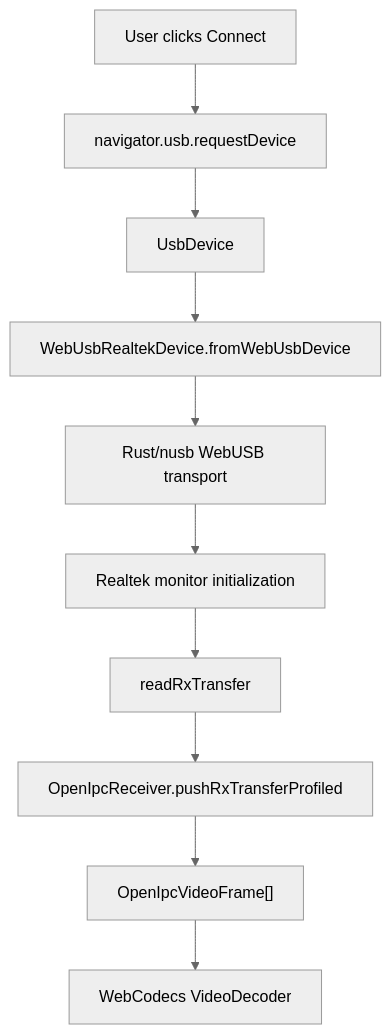
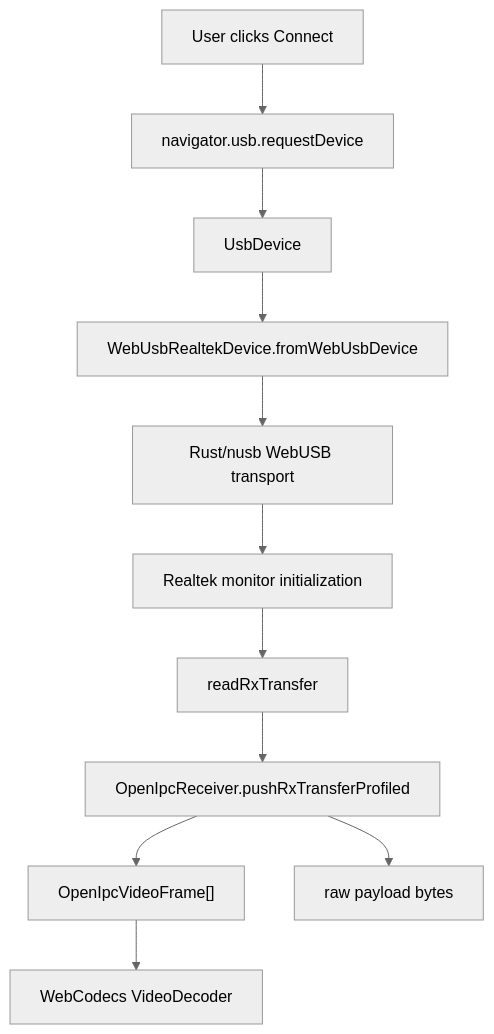
The diagram in docs/docs/web-wasm.md (neelsani/openipc-rs), drawn with Mermaid (neutral theme) before and after one commit. The commit also changed other lines of this file and 74 other files, not shown here.

````diff
--- a/docs/docs/web-wasm.md
+++ b/docs/docs/web-wasm.md
@@ -32,12 +32,13 @@
 ```mermaid
 flowchart TD
     A["User clicks Connect"] --> B["navigator.usb.requestDevice"]
     B --> C["UsbDevice"]
     C --> D["WebUsbRealtekDevice.fromWebUsbDevice"]
     D --> E["Rust/nusb WebUSB transport"]
     E --> F["Realtek monitor initialization"]
     F --> G["readRxTransfer"]
     G --> H["OpenIpcReceiver.pushRxTransferProfiled"]
     H --> I["OpenIpcVideoFrame[]"]
     I --> J["WebCodecs VideoDecoder"]
+    H --> K["raw payload bytes"]
 ```
````
